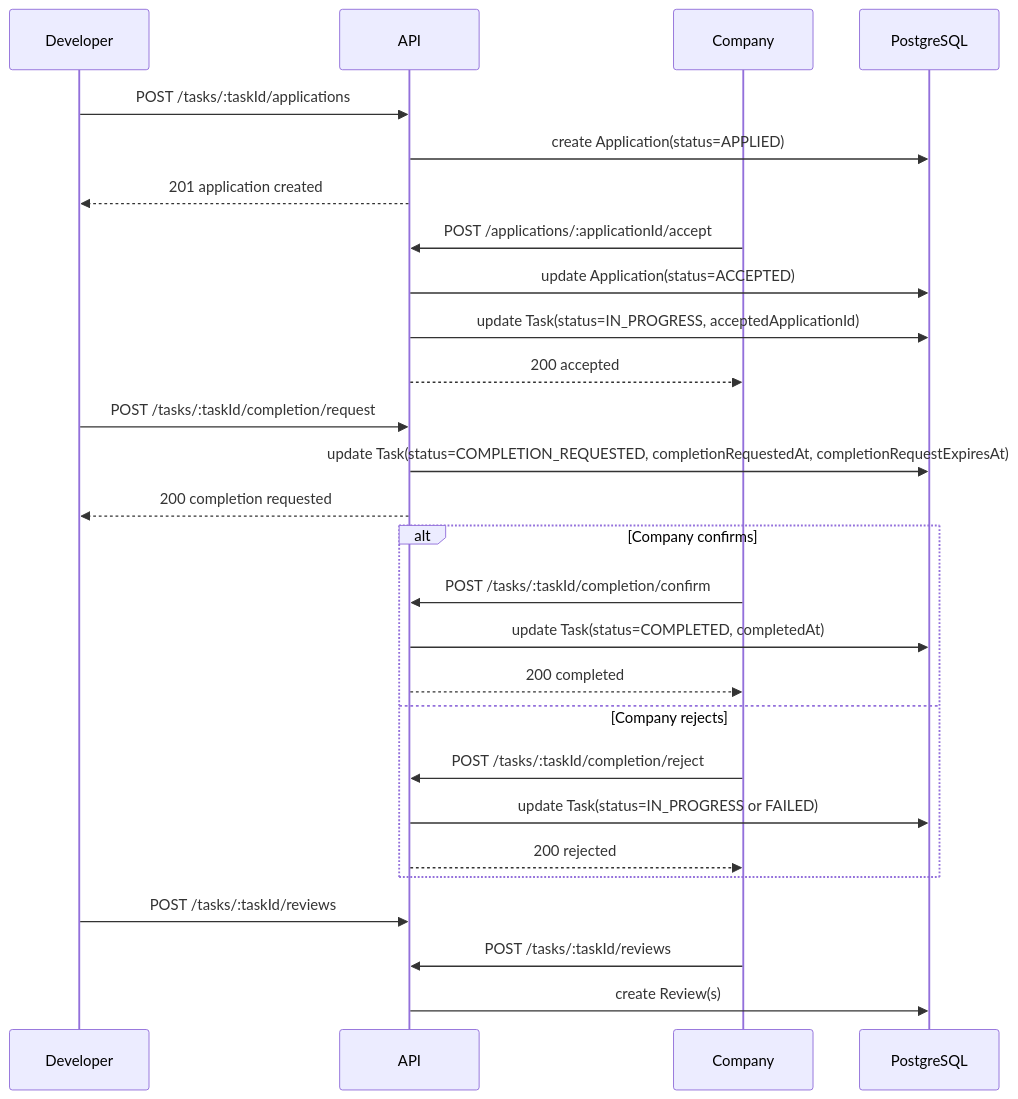
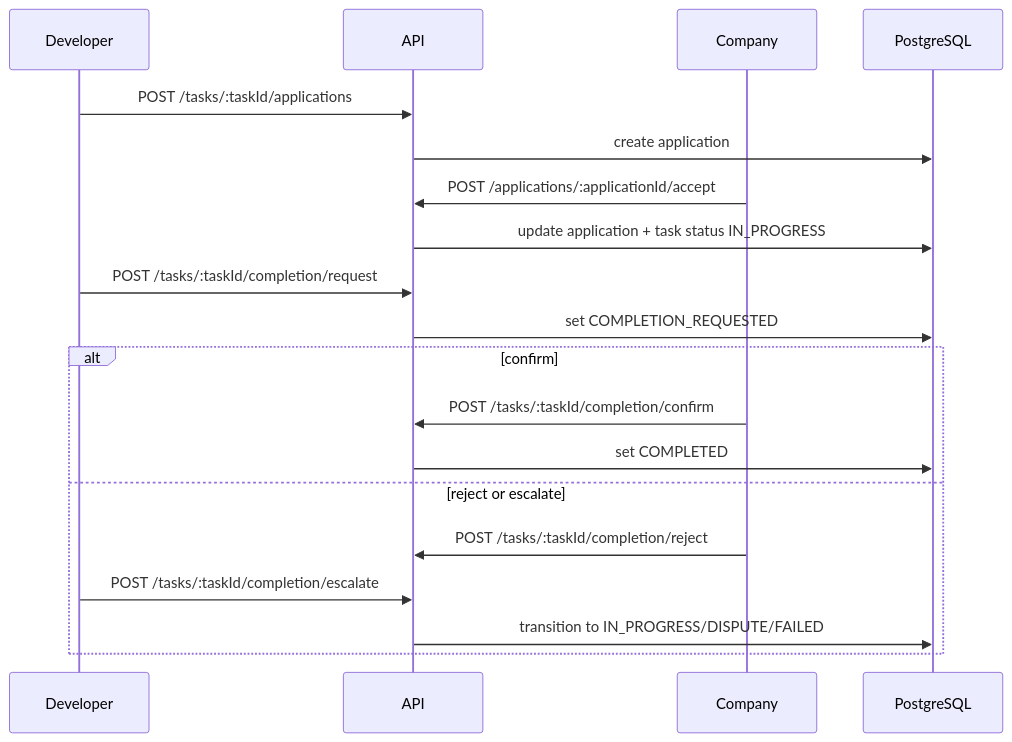
One commit to TatianaSnisarenko/taskbridge-api changed the diagram in docs/ARCHITECTURE.md. Above: the diagram before and after it, drawn with Mermaid. The commit also changed other lines of this file and 7 other files, not shown here.

````diff
--- a/docs/ARCHITECTURE.md
+++ b/docs/ARCHITECTURE.md
@@ -296,34 +156,25 @@
 ```mermaid
 sequenceDiagram
-  participant Dev as Developer
+  participant D as Developer
   participant API as API
-  participant Co as Company
+  participant C as Company
   participant DB as PostgreSQL
 
-  Dev->>API: POST /tasks/:taskId/applications
-  API->>DB: create Application(status=APPLIED)
-  API-->>Dev: 201 application created
+  D->>API: POST /tasks/:taskId/applications
+  API->>DB: create application
 
-  Co->>API: POST /applications/:applicationId/accept
-  API->>DB: update Application(status=ACCEPTED)
-  API->>DB: update Task(status=IN_PROGRESS, acceptedApplicationId)
-  API-->>Co: 200 accepted
+  C->>API: POST /applications/:applicationId/accept
+  API->>DB: update application + task status IN_PROGRESS
 
-  Dev->>API: POST /tasks/:taskId/completion/request
-  API->>DB: update Task(status=COMPLETION_REQUESTED, completionRequestedAt, completionRequestExpiresAt)
-  API-->>Dev: 200 completion requested
+  D->>API: POST /tasks/:taskId/completion/request
+  API->>DB: set COMPLETION_REQUESTED
 
-  alt Company confirms
-    Co->>API: POST /tasks/:taskId/completion/confirm
-    API->>DB: update Task(status=COMPLETED, completedAt)
-    API-->>Co: 200 completed
-  else Company rejects
-    Co->>API: POST /tasks/:taskId/completion/reject
-    API->>DB: update Task(status=IN_PROGRESS or FAILED)
-    API-->>Co: 200 rejected
+  alt confirm
+    C->>API: POST /tasks/:taskId/completion/confirm
+    API->>DB: set COMPLETED
+  else reject or escalate
+    C->>API: POST /tasks/:taskId/completion/reject
+    D->>API: POST /tasks/:taskId/completion/escalate
+    API->>DB: transition to IN_PROGRESS/DISPUTE/FAILED
   end
-
-  Dev->>API: POST /tasks/:taskId/reviews
-  Co->>API: POST /tasks/:taskId/reviews
-  API->>DB: create Review(s)
 ```
````
